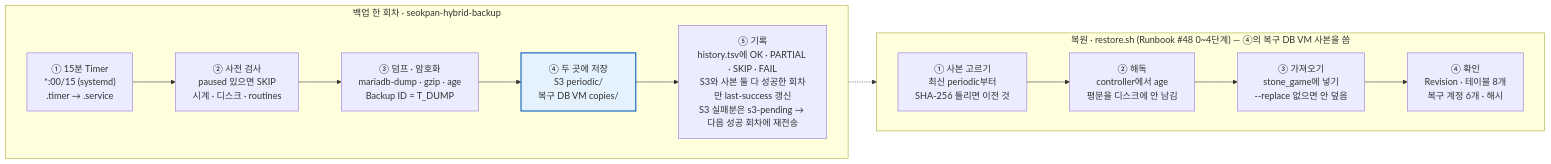
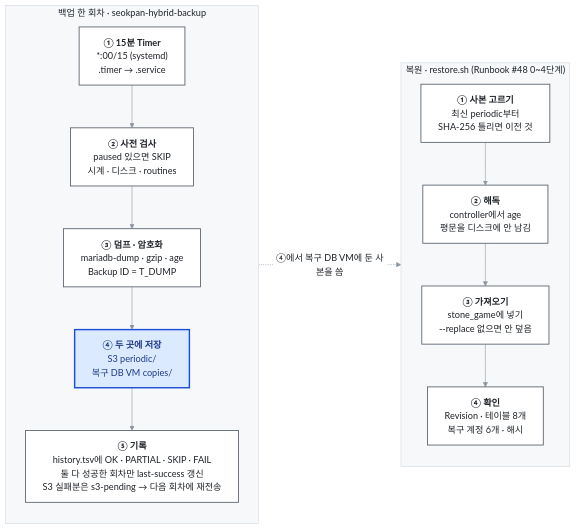
One commit to seokpan/seokpan-hybrid-docs changed the second of 2 diagrams in execution/data-handoff/DATA_CODE_WALKTHROUGH_20261014.md. Above: the diagram before and after it, drawn with Mermaid. The commit also changed other lines of this file and 1 other file, not shown here.

Commit message:
docs: 인수인계 Mermaid 그림 다크 모드 가독성 수정

````diff
--- a/execution/data-handoff/DATA_CODE_WALKTHROUGH_20261014.md
+++ b/execution/data-handoff/DATA_CODE_WALKTHROUGH_20261014.md
@@ -102,14 +105,26 @@
 ```mermaid
+%%{init: {"theme":"base","themeVariables":{"fontSize":"16px","primaryColor":"#ffffff","primaryTextColor":"#1f2328","primaryBorderColor":"#57606a","lineColor":"#8c959f","secondaryColor":"#f6f8fa","tertiaryColor":"#f6f8fa","clusterBkg":"#f6f8fa","clusterBorder":"#d0d7de","edgeLabelBackground":"#ffffff","titleColor":"#1f2328"},"flowchart":{"wrappingWidth":420}}}%%
 flowchart LR
   subgraph BK["백업 한 회차 · seokpan-hybrid-backup"]
-    direction LR
-    B1["① 15분 Timer<br/>*:00/15 (systemd)<br/>.timer → .service"] --> B2["② 사전 검사<br/>paused 있으면 SKIP<br/>시계 · 디스크 · routines"] --> B3["③ 덤프 · 암호화<br/>mariadb-dump · gzip · age<br/>Backup ID = T_DUMP"] --> B4["④ 두 곳에 저장<br/>S3 periodic/<br/>복구 DB VM copies/"] --> B5["⑤ 기록<br/>history.tsv에 OK · PARTIAL · SKIP · FAIL<br/>S3와 사본 둘 다 성공한 회차만 last-success 갱신<br/>S3 실패분은 s3-pending → 다음 성공 회차에 재전송"]
+    direction TB
+    B1["<b>① 15분 Timer</b><br/>*:00/15 (systemd)<br/>.timer → .service"]
+    B2["<b>② 사전 검사</b><br/>paused 있으면 SKIP<br/>시계 · 디스크 · routines"]
+    B3["<b>③ 덤프 · 암호화</b><br/>mariadb-dump · gzip · age<br/>Backup ID = T_DUMP"]
+    B4["<b>④ 두 곳에 저장</b><br/>S3 periodic/<br/>복구 DB VM copies/"]
+    B5["<b>⑤ 기록</b><br/>history.tsv에 OK · PARTIAL · SKIP · FAIL<br/>둘 다 성공한 회차만 last-success 갱신<br/>S3 실패분은 s3-pending → 다음 회차에 재전송"]
+    B1 --> B2 --> B3 --> B4 --> B5
   end
-  subgraph RS["복원 · restore.sh (Runbook #48 0~4단계) — ④의 복구 DB VM 사본을 씀"]
-    direction LR
-    R1["① 사본 고르기<br/>최신 periodic부터<br/>SHA-256 틀리면 이전 것"] --> R2["② 해독<br/>controller에서 age<br/>평문을 디스크에 안 남김"] --> R3["③ 가져오기<br/>stone_game에 넣기<br/>--replace 없으면 안 덮음"] --> R4["④ 확인<br/>Revision · 테이블 8개<br/>복구 계정 6개 · 해시"]
+  subgraph RS["복원 · restore.sh (Runbook #48 0~4단계)"]
+    direction TB
+    R1["<b>① 사본 고르기</b><br/>최신 periodic부터<br/>SHA-256 틀리면 이전 것"]
+    R2["<b>② 해독</b><br/>controller에서 age<br/>평문을 디스크에 안 남김"]
+    R3["<b>③ 가져오기</b><br/>stone_game에 넣기<br/>--replace 없으면 안 덮음"]
+    R4["<b>④ 확인</b><br/>Revision · 테이블 8개<br/>복구 계정 6개 · 해시"]
+    R1 --> R2 --> R3 --> R4
   end
-  B4 -.-> R1
-  classDef key fill:#e3f2fd,stroke:#1565c0,stroke-width:2px;
+  BK -. "④에서 복구 DB VM에 둔 사본을 씀" .-> RS
+  classDef step fill:#ffffff,stroke:#57606a,stroke-width:1.5px,color:#1f2328;
+  classDef key fill:#dbeafe,stroke:#1d4ed8,stroke-width:2.5px,color:#1e3a8a;
+  class B1,B2,B3,B5,R1,R2,R3,R4 step;
   class B4 key;
 ```
````
